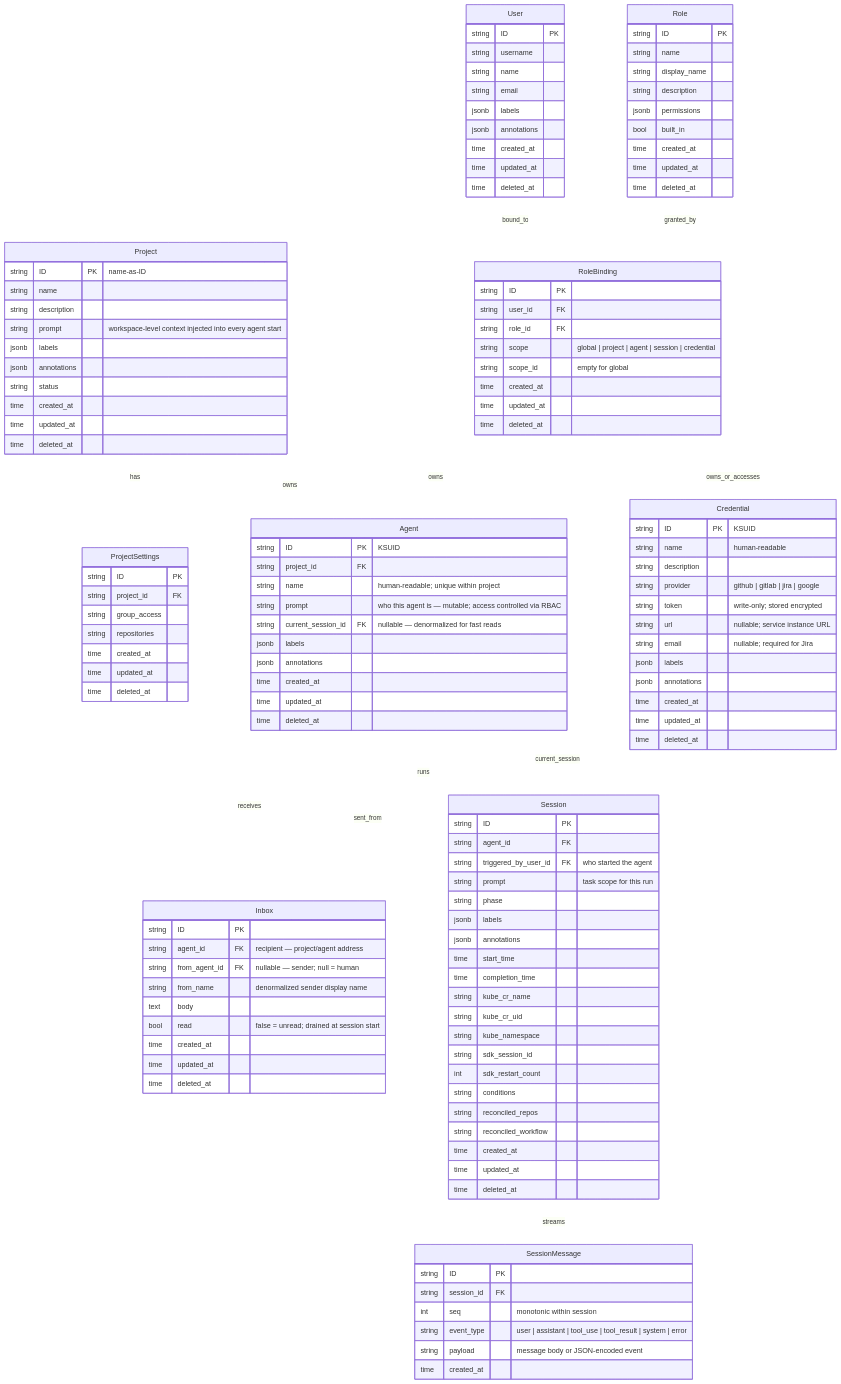
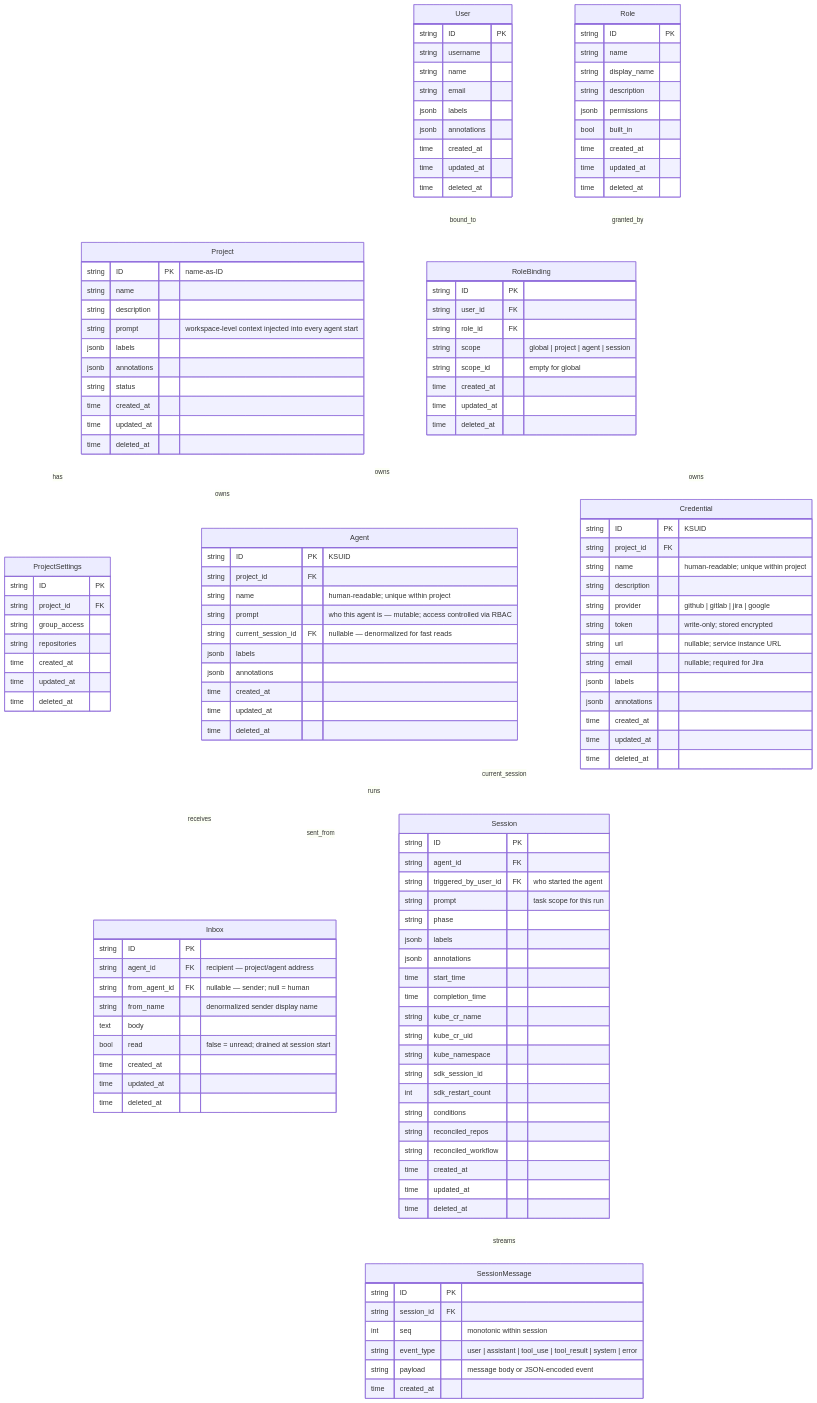
One commit to ambient-code/platform changed the diagram in docs/internal/design/ambient-model.spec.md. Above: the diagram before and after it, drawn with Mermaid. The commit also changed other lines of this file, not shown here.

First line of the commit message:
spec(credentials): project-scoped credentials, simplified RBAC

```diff
--- a/docs/internal/design/ambient-model.spec.md
+++ b/docs/internal/design/ambient-model.spec.md
@@ -148,18 +148,19 @@
         string ID PK
         string user_id FK
         string role_id FK
-        string scope    "global | project | agent | session | credential"
+        string scope    "global | project | agent | session"
         string scope_id "empty for global"
         time   created_at
         time   updated_at
         time   deleted_at
     }
 
-    %% ── Credential (platform-scoped PAT/token store) ─────────────────────────
+    %% ── Credential (project-scoped PAT/token store) ──────────────────────────
 
     Credential {
         string ID PK "KSUID"
-        string name "human-readable"
+        string project_id FK
+        string name "human-readable; unique within project"
         string description
         string provider "github | gitlab | jira | google"
         string token "write-only; stored encrypted"
@@ -176,11 +177,11 @@
 
     Project         ||--o{ ProjectSettings  : "has"
     Project         ||--o{ Agent            : "owns"
+    Project         ||--o{ Credential       : "owns"
 
     User            ||--o{ RoleBinding      : "bound_to"
 
     RoleBinding     }o--o| Agent            : "owns"
-    RoleBinding     }o--o| Credential       : "owns_or_accesses"
 
     Agent           ||--o{ Session          : "runs"
     Agent           ||--o| Session          : "current_session"
```
